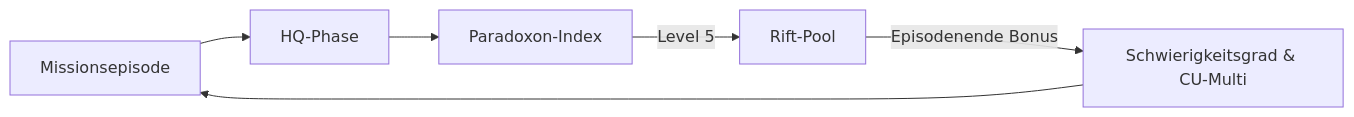
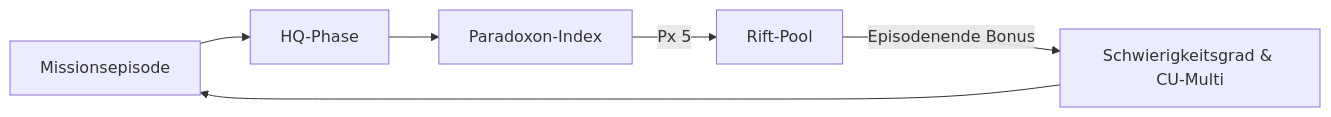
Before and after one commit to pchospital-lab/ZEITRISS-md: the second of 3 diagrams in gameplay/kampagnenstruktur.md, drawn with Mermaid. The commit also changed other lines of this file and 6 other files, not shown here.

````diff
--- a/gameplay/kampagnenstruktur.md
+++ b/gameplay/kampagnenstruktur.md
@@ -741,8 +741,8 @@
 ```mermaid
 graph LR
 A[Missionsepisode] --> C[HQ-Phase]
 C --> B[Paradoxon-Index]
-B -->|Level 5| D[Rift-Pool]
+B -->|Px 5| D[Rift-Pool]
   D -->|Episodenende Bonus| E[Schwierigkeitsgrad & CU-Multi]
 E --> A
 ```
````
